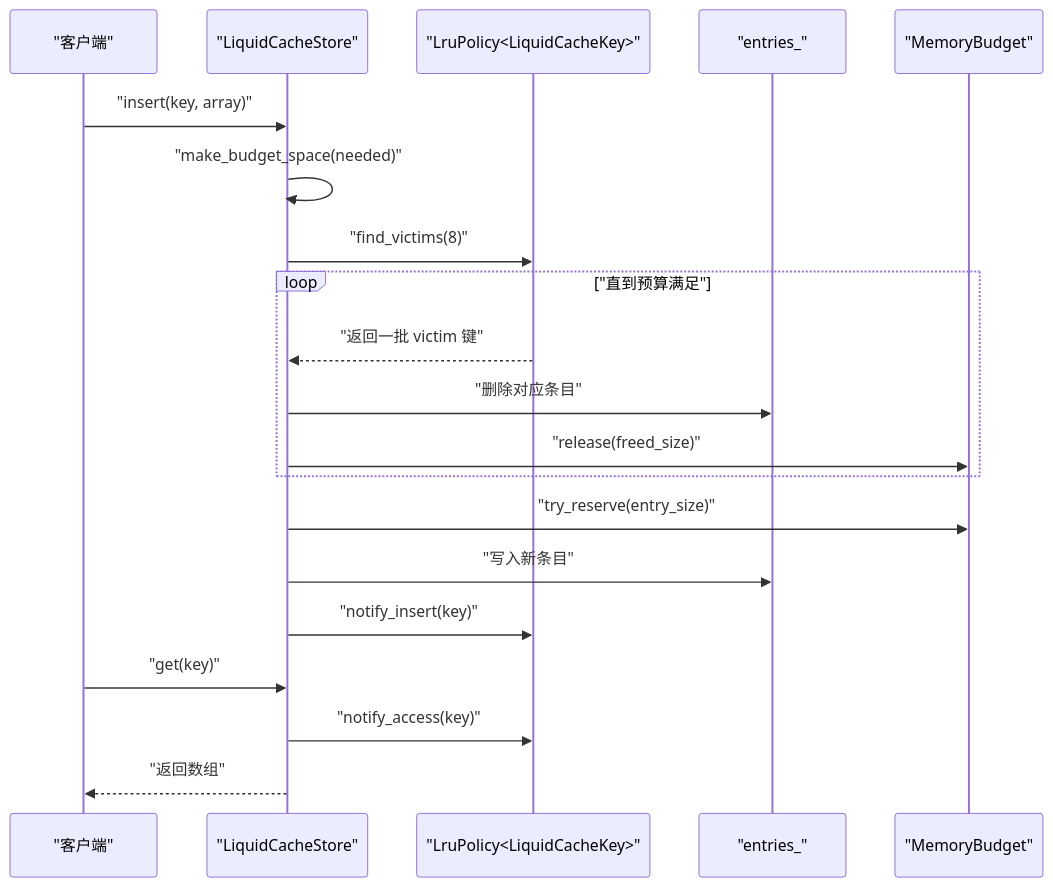
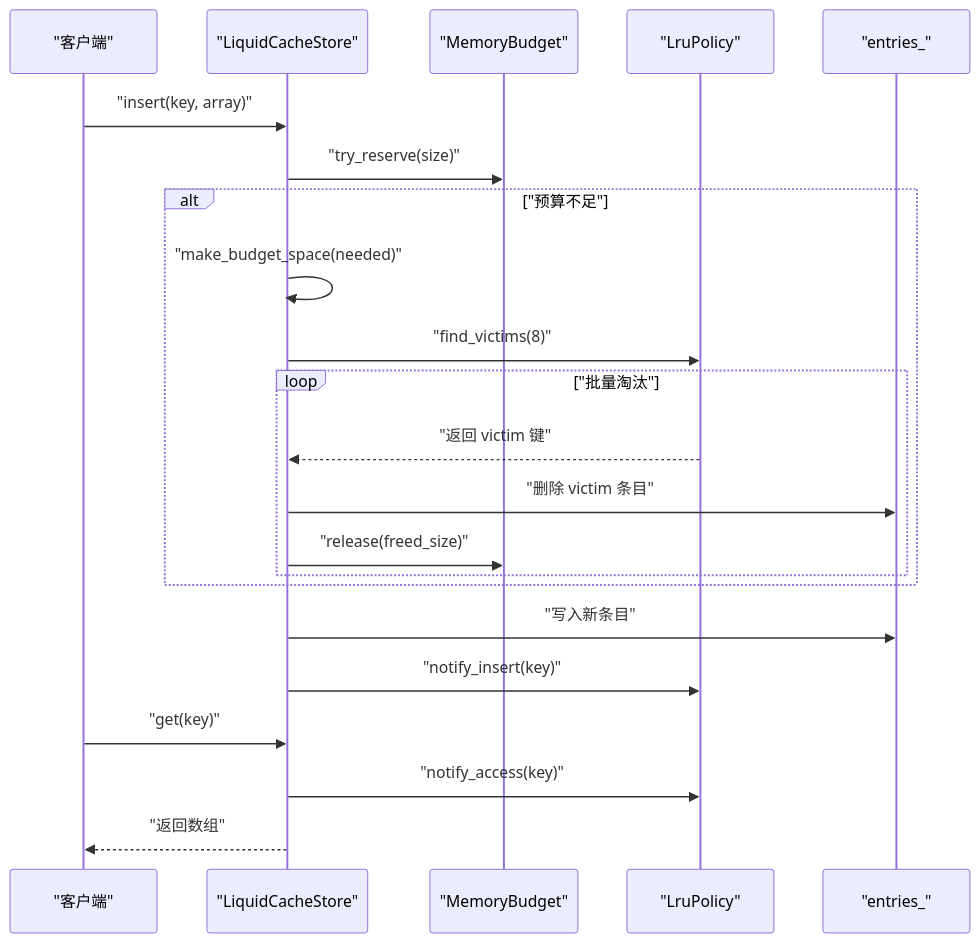
One commit to tenglei/liquidCacheVelox changed the second of 4 diagrams in .qoder/repowiki/zh/content/缓存系统详解/LRU 淘汰策略.md. Above: the diagram before and after it, drawn with Mermaid. The commit also changed other lines of this file and 8 other files, not shown here.

````diff
--- a/.qoder/repowiki/zh/content/缓存系统详解/LRU 淘汰策略.md
+++ b/.qoder/repowiki/zh/content/缓存系统详解/LRU 淘汰策略.md
@@ -83,22 +110,24 @@
 ```mermaid
 sequenceDiagram
 participant Client as "客户端"
 participant Store as "LiquidCacheStore"
-participant LRU as "LruPolicy<LiquidCacheKey>"
+participant Budget as "MemoryBudget"
+participant LRU as "LruPolicy"
 participant Map as "entries_"
-participant Budget as "MemoryBudget"
 Client->>Store : "insert(key, array)"
+Store->>Budget : "try_reserve(size)"
+alt "预算不足"
 Store->>Store : "make_budget_space(needed)"
 Store->>LRU : "find_victims(8)"
-loop "直到预算满足"
-LRU-->>Store : "返回一批 victim 键"
-Store->>Map : "删除对应条目"
+loop "批量淘汰"
+LRU-->>Store : "返回 victim 键"
+Store->>Map : "删除 victim 条目"
 Store->>Budget : "release(freed_size)"
 end
-Store->>Budget : "try_reserve(entry_size)"
+end
 Store->>Map : "写入新条目"
 Store->>LRU : "notify_insert(key)"
 Client->>Store : "get(key)"
 Store->>LRU : "notify_access(key)"
 Store-->>Client : "返回数组"
 ```
````
